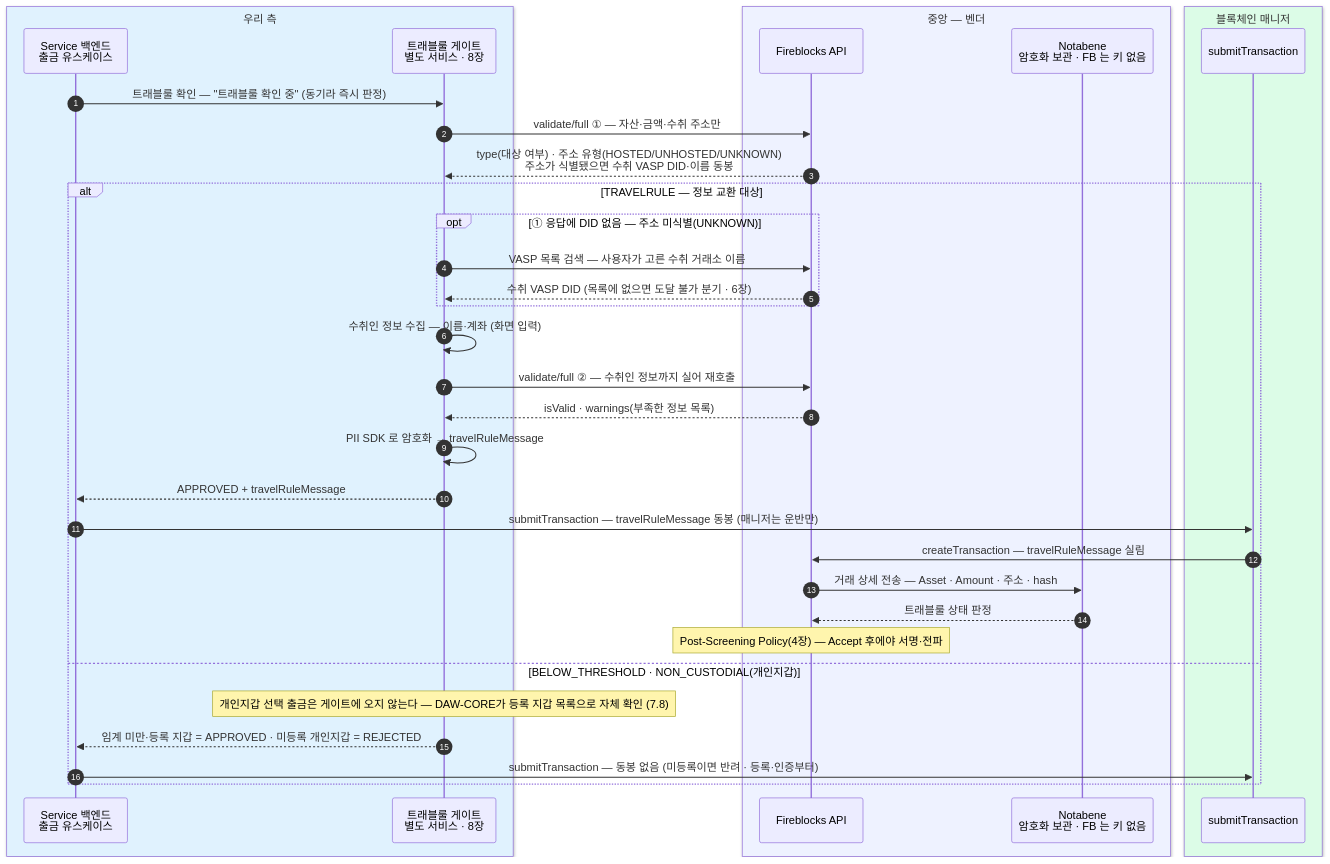
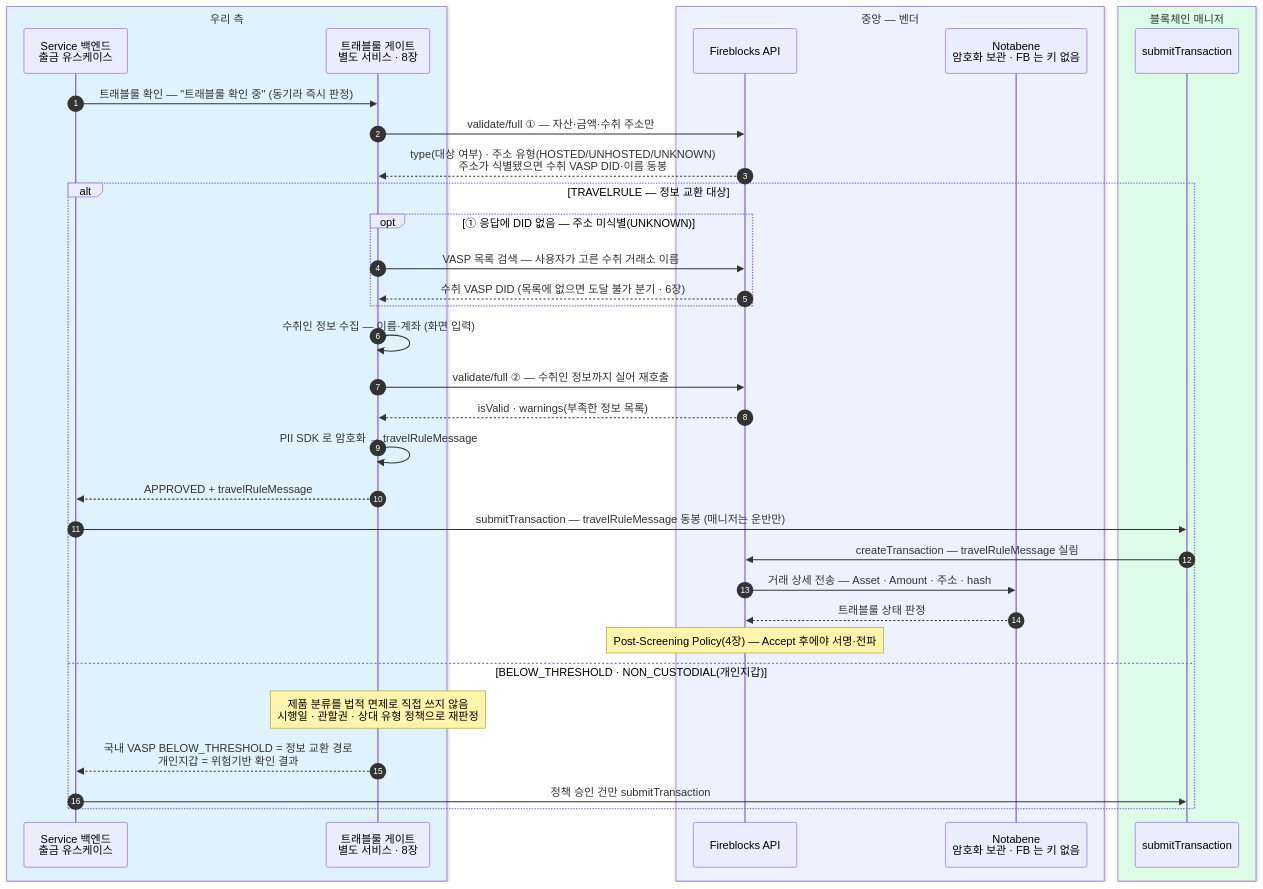
The second of 11 diagrams in blockchain-manager/docs/트래블룰/설계/07-scenarios.md (eunsujeo/eunpus), drawn with Mermaid before and after one commit. The commit also changed other lines of this file and 20 other files, not shown here.

````diff
--- a/blockchain-manager/docs/트래블룰/설계/07-scenarios.md
+++ b/blockchain-manager/docs/트래블룰/설계/07-scenarios.md
@@ -87,39 +87,39 @@
 ```mermaid
 sequenceDiagram
     autonumber
     box rgb(224,242,254) 우리 측
     participant BE as Service 백엔드<br/>출금 유스케이스
     participant GT as 트래블룰 게이트<br/>별도 서비스 · 8장
     end
     box rgb(238,242,255) 중앙 — 벤더
     participant FB as Fireblocks API
     participant NB as Notabene<br/>암호화 보관 · FB 는 키 없음
     end
     box rgb(220,252,231) 블록체인 매니저
     participant BM as submitTransaction
     end
 
     BE->>GT: 트래블룰 확인 — "트래블룰 확인 중" (동기라 즉시 판정)
     GT->>FB: validate/full ① — 자산·금액·수취 주소만
     FB-->>GT: type(대상 여부) · 주소 유형(HOSTED/UNHOSTED/UNKNOWN)<br/>주소가 식별됐으면 수취 VASP DID·이름 동봉
     alt TRAVELRULE — 정보 교환 대상
         opt ① 응답에 DID 없음 — 주소 미식별(UNKNOWN)
             GT->>FB: VASP 목록 검색 — 사용자가 고른 수취 거래소 이름
             FB-->>GT: 수취 VASP DID (목록에 없으면 도달 불가 분기 · 6장)
         end
         GT->>GT: 수취인 정보 수집 — 이름·계좌 (화면 입력)
         GT->>FB: validate/full ② — 수취인 정보까지 실어 재호출
         FB-->>GT: isValid · warnings(부족한 정보 목록)
         GT->>GT: PII SDK 로 암호화 → travelRuleMessage
         GT-->>BE: APPROVED + travelRuleMessage
         BE->>BM: submitTransaction — travelRuleMessage 동봉 (매니저는 운반만)
         BM->>FB: createTransaction — travelRuleMessage 실림
         FB->>NB: 거래 상세 전송 — Asset · Amount · 주소 · hash
         NB-->>FB: 트래블룰 상태 판정
         Note over FB: Post-Screening Policy(4장) — Accept 후에야 서명·전파
     else BELOW_THRESHOLD · NON_CUSTODIAL(개인지갑)
-        Note over GT: 개인지갑 선택 출금은 게이트에 오지 않는다 — DAW-CORE가 등록 지갑 목록으로 자체 확인 (7.8)
-        GT-->>BE: 임계 미만·등록 지갑 = APPROVED · 미등록 개인지갑 = REJECTED
-        BE->>BM: submitTransaction — 동봉 없음 (미등록이면 반려 · 등록·인증부터)
+        Note over GT: 제품 분류를 법적 면제로 직접 쓰지 않음<br/>시행일 · 관할권 · 상대 유형 정책으로 재판정
+        GT-->>BE: 국내 VASP BELOW_THRESHOLD = 정보 교환 경로<br/>개인지갑 = 위험기반 확인 결과
+        BE->>BM: 정책 승인 건만 submitTransaction
     end
 ```
````
